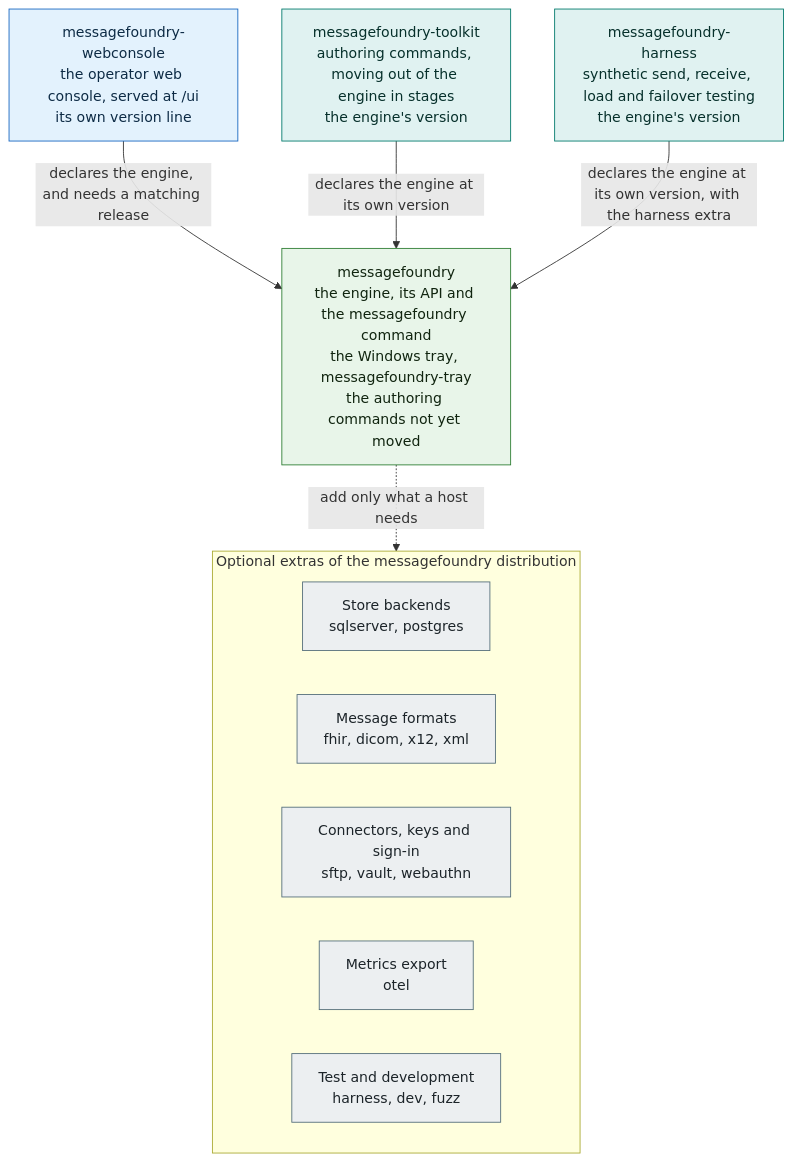
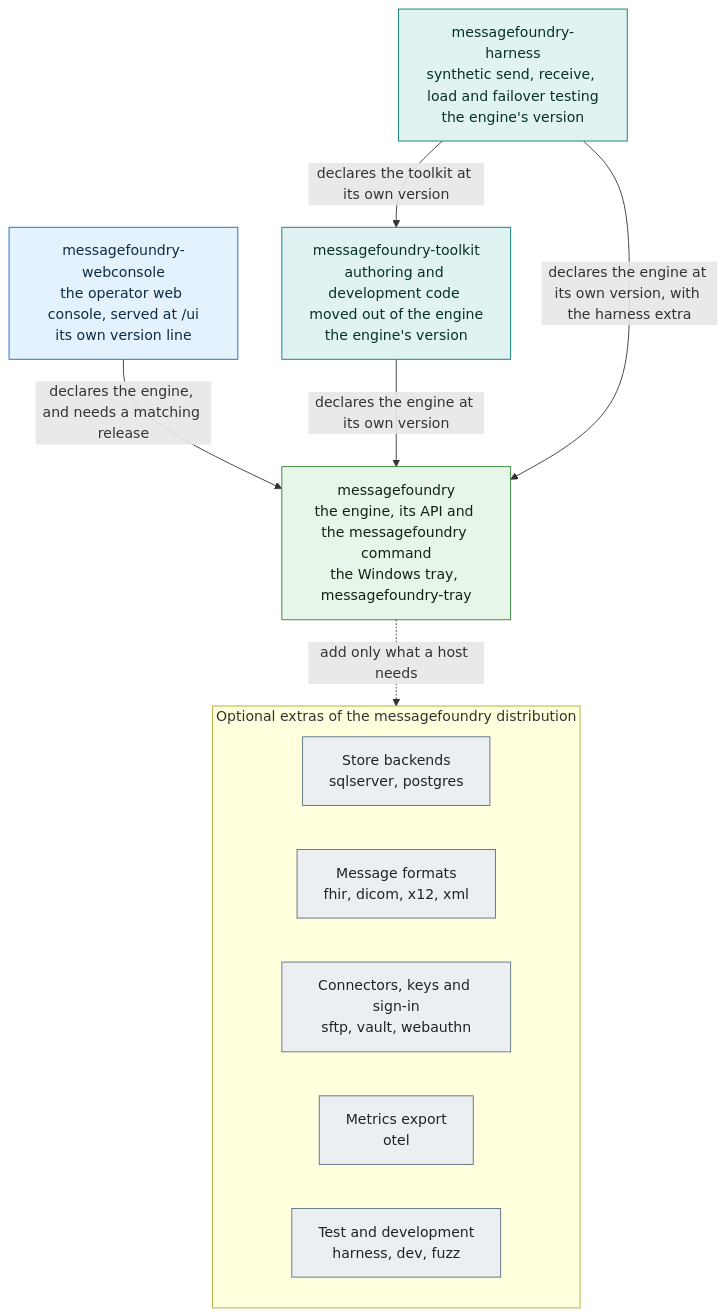
Before and after one commit to MEFORORG/MessageFoundry: the diagram in docs/INSTALL-GUIDE.md, drawn with Mermaid. The commit also changed other lines of this file and 12 other files, not shown here.

First line of the commit message:
Check the harness toolkit pin at tag time, and fix review round 1

````diff
--- a/docs/INSTALL-GUIDE.md
+++ b/docs/INSTALL-GUIDE.md
@@ -21,26 +21,27 @@
 ```mermaid
 flowchart TB
   classDef core fill:#e8f5e9,stroke:#2e7d32,color:#10240f;
   classDef opstool fill:#e3f2fd,stroke:#1565c0,color:#0d2b45;
   classDef devtool fill:#e0f2f1,stroke:#00796b,color:#06302b;
   classDef ext fill:#eceff1,stroke:#546e7a,color:#1c2429;
 
   CONSOLE["messagefoundry-webconsole<br/>the operator web console, served at /ui<br/>its own version line"]:::opstool
-  TOOLKIT["messagefoundry-toolkit<br/>authoring commands, moving out of the engine in stages<br/>the engine's version"]:::devtool
+  TOOLKIT["messagefoundry-toolkit<br/>authoring and development code moved out of the engine<br/>the engine's version"]:::devtool
   HARNESS["messagefoundry-harness<br/>synthetic send, receive, load and failover testing<br/>the engine's version"]:::devtool
 
-  ENGINE["messagefoundry<br/>the engine, its API and the messagefoundry command<br/>the Windows tray, messagefoundry-tray<br/>the authoring commands not yet moved"]:::core
+  ENGINE["messagefoundry<br/>the engine, its API and the messagefoundry command<br/>the Windows tray, messagefoundry-tray"]:::core
 
   subgraph EXTRAS["Optional extras of the messagefoundry distribution"]
     XSTORE["Store backends<br/>sqlserver, postgres"]:::ext
     XFORMAT["Message formats<br/>fhir, dicom, x12, xml"]:::ext
     XCONN["Connectors, keys and sign-in<br/>sftp, vault, webauthn"]:::ext
     XMETRIC["Metrics export<br/>otel"]:::ext
     XTEST["Test and development<br/>harness, dev, fuzz"]:::ext
   end
 
   CONSOLE -->|"declares the engine, and needs a matching release"| ENGINE
   TOOLKIT -->|"declares the engine at its own version"| ENGINE
   HARNESS -->|"declares the engine at its own version, with the harness extra"| ENGINE
+  HARNESS -->|"declares the toolkit at its own version"| TOOLKIT
   ENGINE -.->|"add only what a host needs"| EXTRAS
 ```
````
